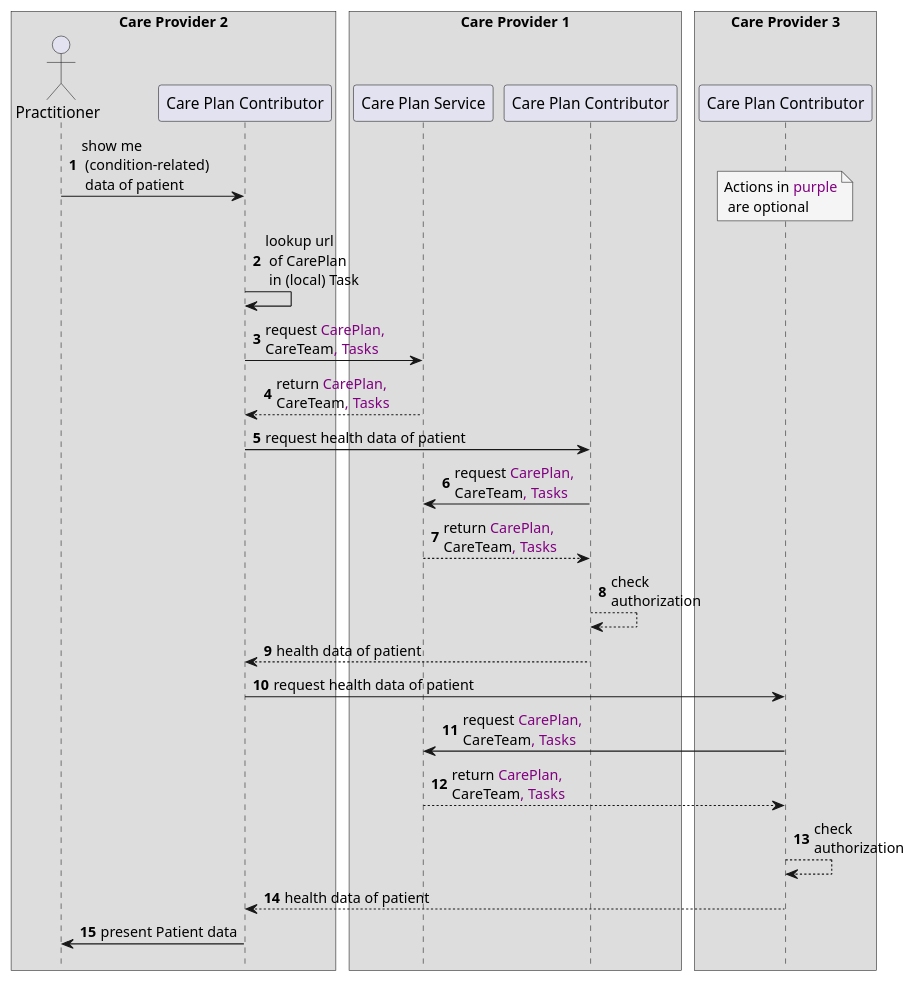
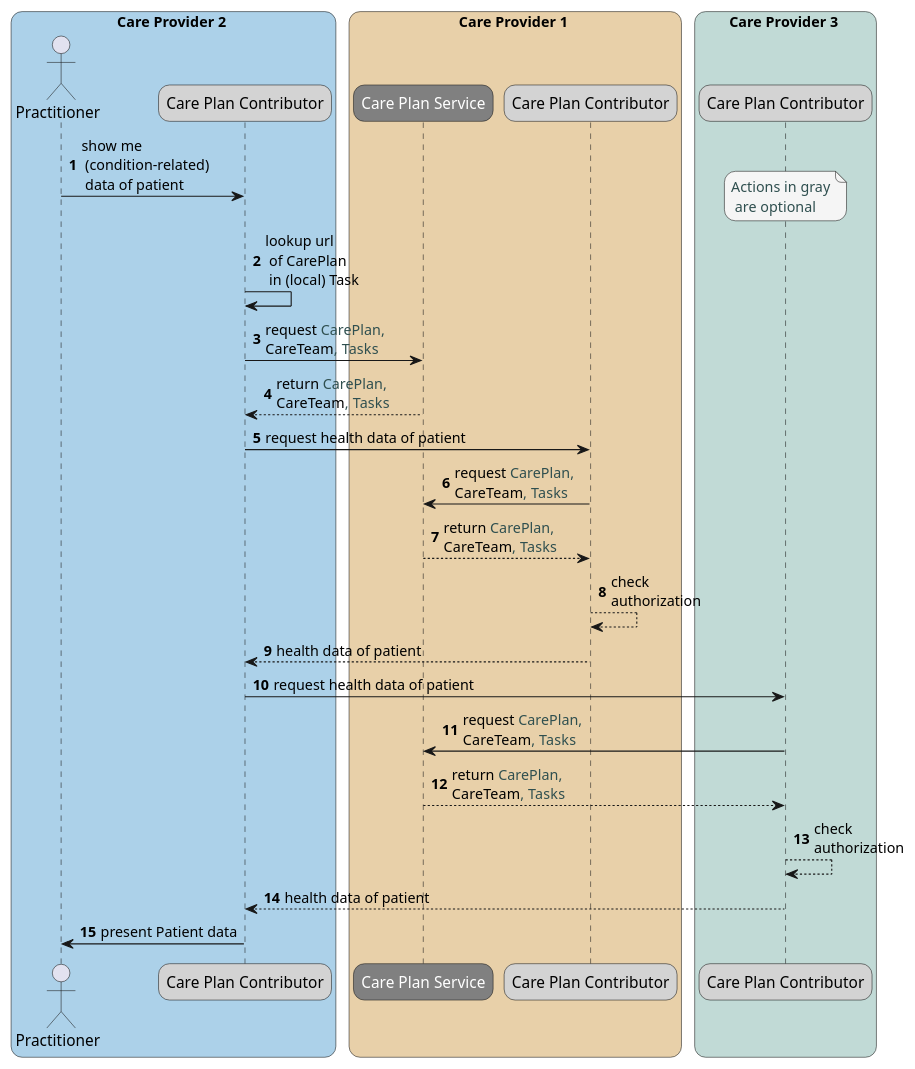
One commit to SanteonNL/shared-care-planning changed the diagram in input/images-source/overview-getting-data-from-careteam-members.plantuml. Above: the diagram before and after it, drawn with PlantUML. The commit also changed 23 other files, not shown here.

```diff
--- a/input/images-source/overview-getting-data-from-careteam-members.plantuml
+++ b/input/images-source/overview-getting-data-from-careteam-members.plantuml
@@ -1,45 +1,46 @@
 @startuml overview-getting-data-from-careteam-members
 
+skinparam roundcorner 20
+skinparam defaultFontName Arial 
 autonumber
 !pragma teoz true
 
+box Care Provider 2 #acd1e9
+    actor "Practitioner" as Practitioner2
+    participant "Care Plan Contributor" as CPC2 #LightGray
+end box
+box Care Provider 1 #e8d0a9
+    participant "<font color=white>Care Plan Service" as CPS #Gray
+    participant "Care Plan Contributor" as CPC1 #LightGray
+end box
 
+box Care Provider 3 #c1dad6
+    participant "Care Plan Contributor" as CPC3 #LightGray
+end box
 
-box Care Provider 2
-    actor "Practitioner" as Practitioner2
-    participant "Care Plan Contributor" as CPC2
-end box
-box Care Provider 1
-    participant "Care Plan Service" as CPS
-    participant "Care Plan Contributor" as CPC1
-end box
-box Care Provider 3
-    participant "Care Plan Contributor" as CPC3
-end box
-hide footbox
 
 
 
 Practitioner2 -> CPC2 : show me\n (condition-related)\n data of patient
 
 & note over CPC3 #WhiteSmoke
-Actions in <color #purple>purple
- are optional
+<color #DarkSlateGray>Actions in gray
+ <color #DarkSlateGray>are optional
 end note
 
 CPC2 -> CPC2 : lookup url\n of CarePlan\n in (local) Task
-CPC2 -> CPS : request <color #purple>CarePlan, \nCareTeam<color #purple>, Tasks
-CPS -->  CPC2 : return <color #purple>CarePlan, \nCareTeam<color #purple>, Tasks
+CPC2 -> CPS : request <color #DarkSlateGray>CarePlan, \nCareTeam<color #DarkSlateGray>, Tasks
+CPS -->  CPC2 : return <color #DarkSlateGray>CarePlan, \nCareTeam<color #DarkSlateGray>, Tasks
 CPC2 -> CPC1 : request health data of patient
-CPC1 -> CPS : request <color #purple>CarePlan, \nCareTeam<color #purple>, Tasks
-CPS -->  CPC1 : return <color #purple>CarePlan, \nCareTeam<color #purple>, Tasks
+CPC1 -> CPS : request <color #DarkSlateGray>CarePlan, \nCareTeam<color #DarkSlateGray>, Tasks
+CPS -->  CPC1 : return <color #DarkSlateGray>CarePlan, \nCareTeam<color #DarkSlateGray>, Tasks
 CPC1 -->  CPC1 : check\nauthorization
 CPC1 -->  CPC2 : health data of patient
 CPC2 -> CPC3 : request health data of patient
-CPC3 -> CPS : request <color #purple>CarePlan, \nCareTeam<color #purple>, Tasks
-CPS -->  CPC3 : return <color #purple>CarePlan, \nCareTeam<color #purple>, Tasks
+CPC3 -> CPS : request <color #DarkSlateGray>CarePlan, \nCareTeam<color #DarkSlateGray>, Tasks
+CPS -->  CPC3 : return <color #DarkSlateGray>CarePlan, \nCareTeam<color #DarkSlateGray>, Tasks
 CPC3 -->  CPC3 : check\nauthorization
 CPC3 -->  CPC2 : health data of patient
 CPC2 -> Practitioner2 : present Patient data
 
 @enduml
```
